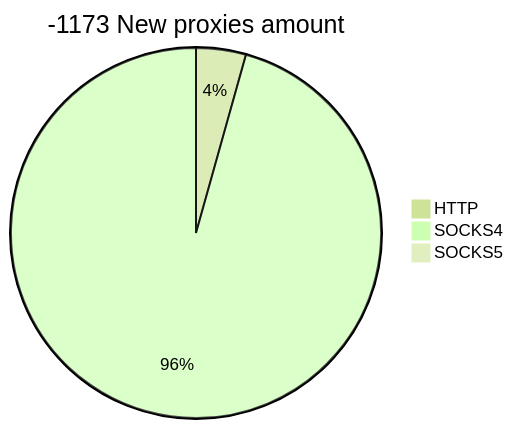
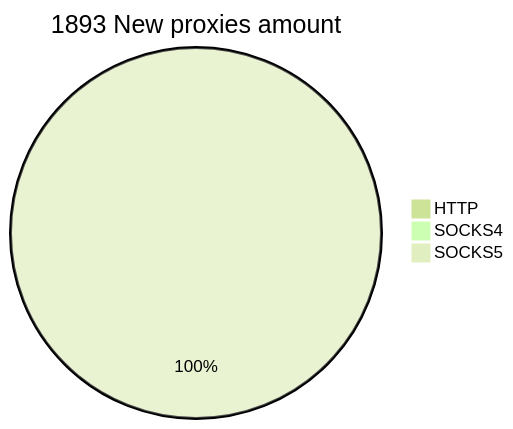
Before and after one commit to cutipu/proxylist: the second of 2 diagrams in README.md, drawn with Mermaid (forest theme). The commit also changed other lines of this file, not shown here.

````diff
--- a/README.md
+++ b/README.md
@@ -10,6 +10,6 @@
 ```mermaid
-pie title -1173 New proxies amount
-    "HTTP" : 29
-    "SOCKS4" : 638
-    "SOCKS5" : 0
+pie title 1893 New proxies amount
+    "HTTP" : 0
+    "SOCKS4" : 1
+    "SOCKS5" : 1892
 ```
````
